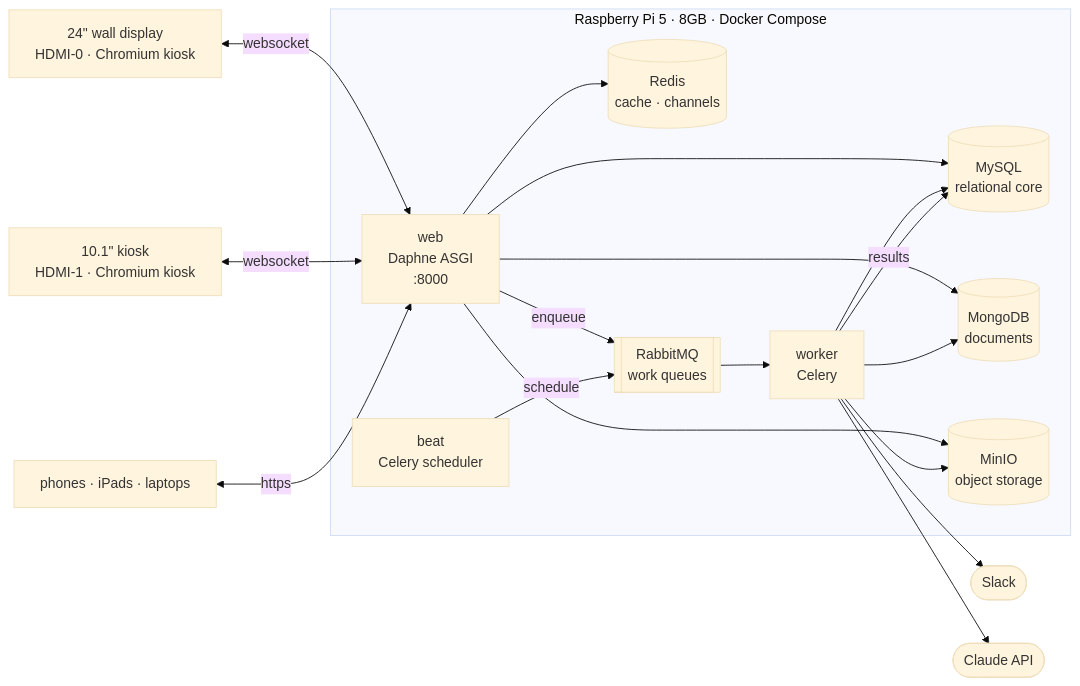
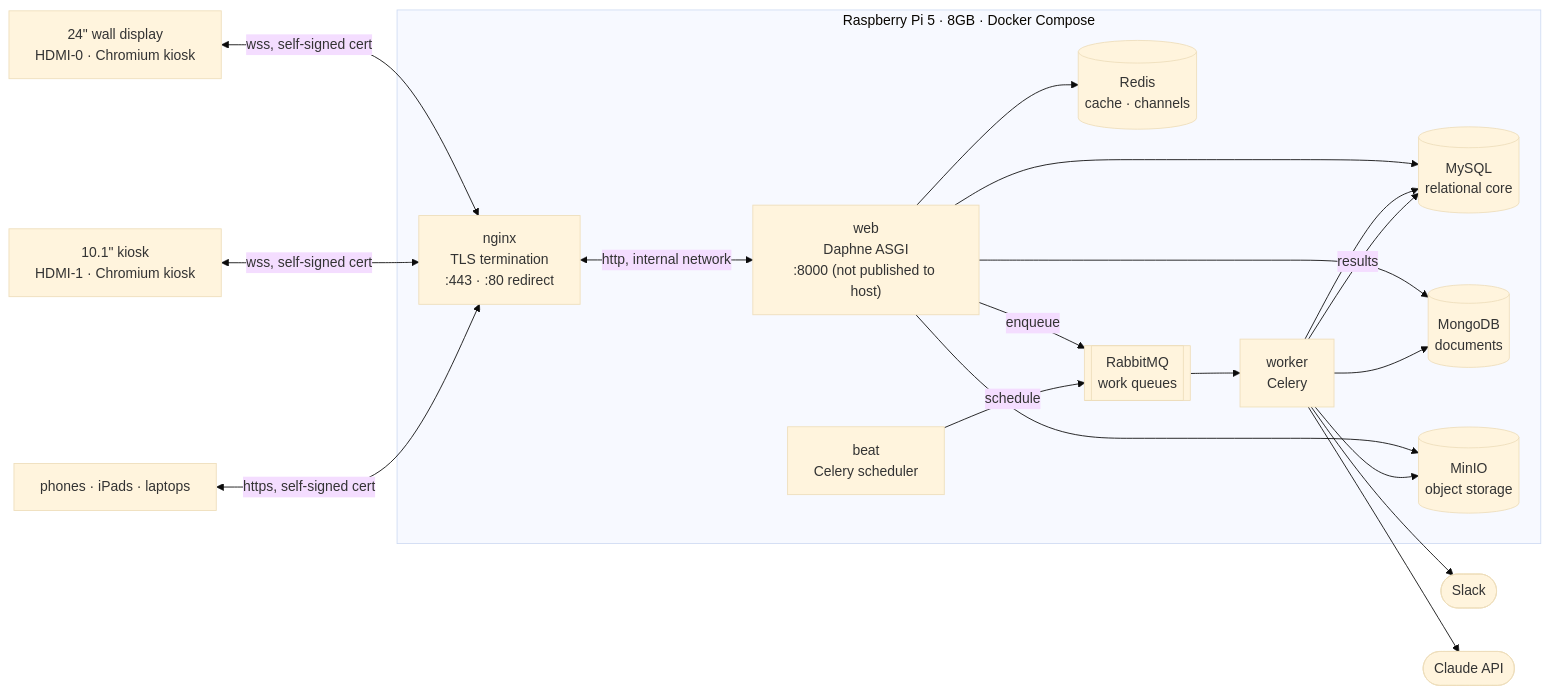
One commit to nitinrameshuf/Nora_Home changed the second of 8 diagrams in docs/architecture.md. Above: the diagram before and after it, drawn with Mermaid (base theme). The commit also changed 12 other files, not shown here.

First line of the commit message:
Serve the house over HTTPS on :443, via nginx, with a self-signed cert

````diff
--- a/docs/architecture.md
+++ b/docs/architecture.md
@@ -66,40 +66,42 @@
 ```mermaid
 graph LR
     subgraph Pi["Raspberry Pi 5 · 8GB · Docker Compose"]
-        WEB["web<br/>Daphne ASGI<br/>:8000"]
+        NGINX["nginx<br/>TLS termination<br/>:443 · :80 redirect"]
+        WEB["web<br/>Daphne ASGI<br/>:8000 (not published to host)"]
         WORK["worker<br/>Celery"]
         BEAT["beat<br/>Celery scheduler"]
 
         MYSQL[("MySQL<br/>relational core")]
         MONGO[("MongoDB<br/>documents")]
         REDIS[("Redis<br/>cache · channels")]
         RABBIT[["RabbitMQ<br/>work queues"]]
         MINIO[("MinIO<br/>object storage")]
     end
 
     WALL["24&quot; wall display<br/>HDMI-0 · Chromium kiosk"]
     KIOSK["10.1&quot; kiosk<br/>HDMI-1 · Chromium kiosk"]
     PHONE["phones · iPads · laptops"]
 
-    WALL <-->|websocket| WEB
-    KIOSK <-->|websocket| WEB
-    PHONE <-->|https| WEB
+    WALL <-->|wss, self-signed cert| NGINX
+    KIOSK <-->|wss, self-signed cert| NGINX
+    PHONE <-->|https, self-signed cert| NGINX
+    NGINX <-->|http, internal network| WEB
 
     WEB --> MYSQL
     WEB --> MONGO
     WEB --> REDIS
     WEB --> MINIO
     WEB -->|enqueue| RABBIT
 
     RABBIT --> WORK
     BEAT -->|schedule| RABBIT
     WORK --> MYSQL
     WORK --> MONGO
     WORK --> MINIO
     WORK -->|results| MYSQL
 
     SLACK([Slack])
     CLAUDE([Claude API])
     WORK --> SLACK
     WORK --> CLAUDE
 ```
````
